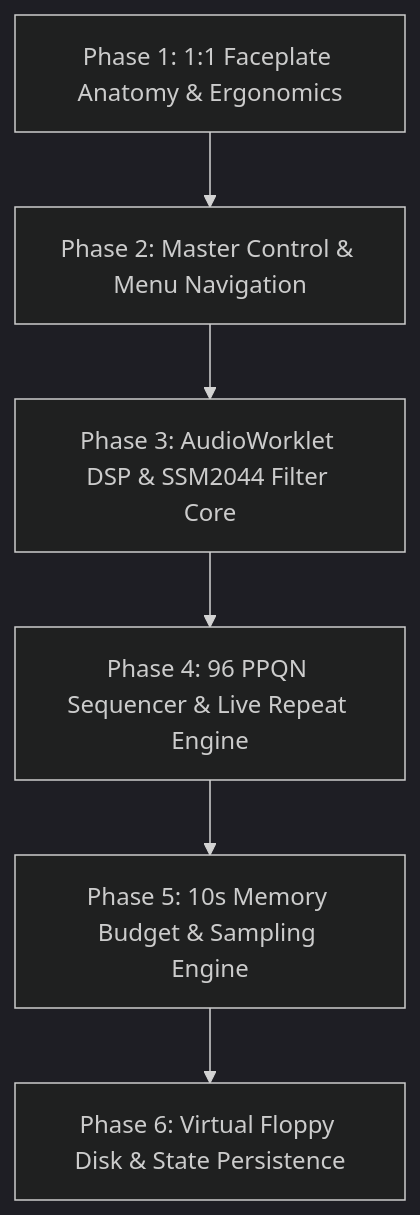
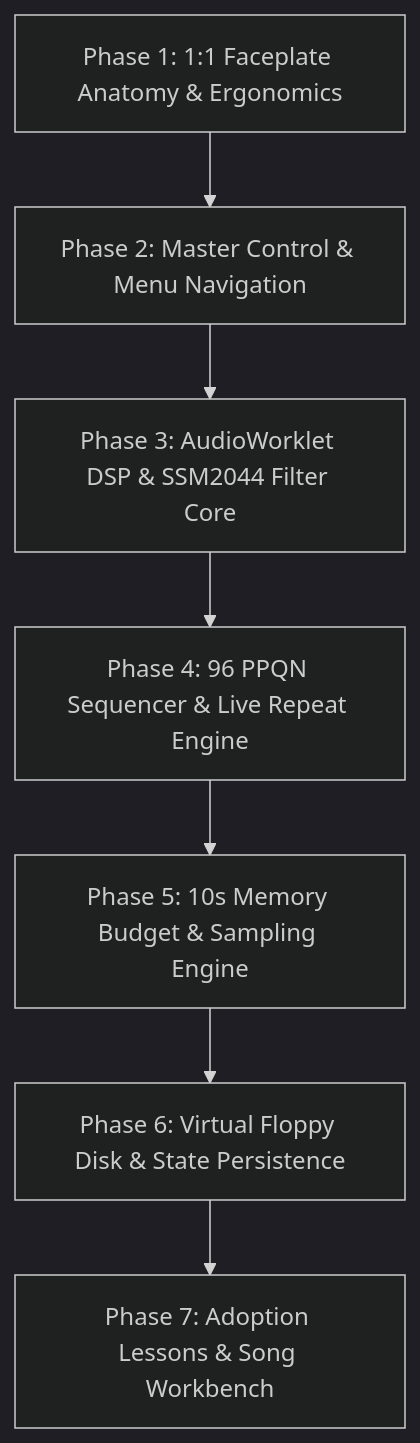
The diagram in openspec/changes/build-order.md (stussysenik/drum-machine), drawn with Mermaid (dark theme) before and after one commit. The commit also changed other lines of this file and 30 other files, not shown here.

````diff
--- a/openspec/changes/build-order.md
+++ b/openspec/changes/build-order.md
@@ -12,8 +12,9 @@
 ```mermaid
 graph TD
     P1[Phase 1: 1:1 Faceplate Anatomy & Ergonomics] --> P2[Phase 2: Master Control & Menu Navigation]
     P2 --> P3[Phase 3: AudioWorklet DSP & SSM2044 Filter Core]
     P3 --> P4[Phase 4: 96 PPQN Sequencer & Live Repeat Engine]
     P4 --> P5[Phase 5: 10s Memory Budget & Sampling Engine]
     P5 --> P6[Phase 6: Virtual Floppy Disk & State Persistence]
+    P6 --> P7[Phase 7: Adoption Lessons & Song Workbench]
 ```
````
